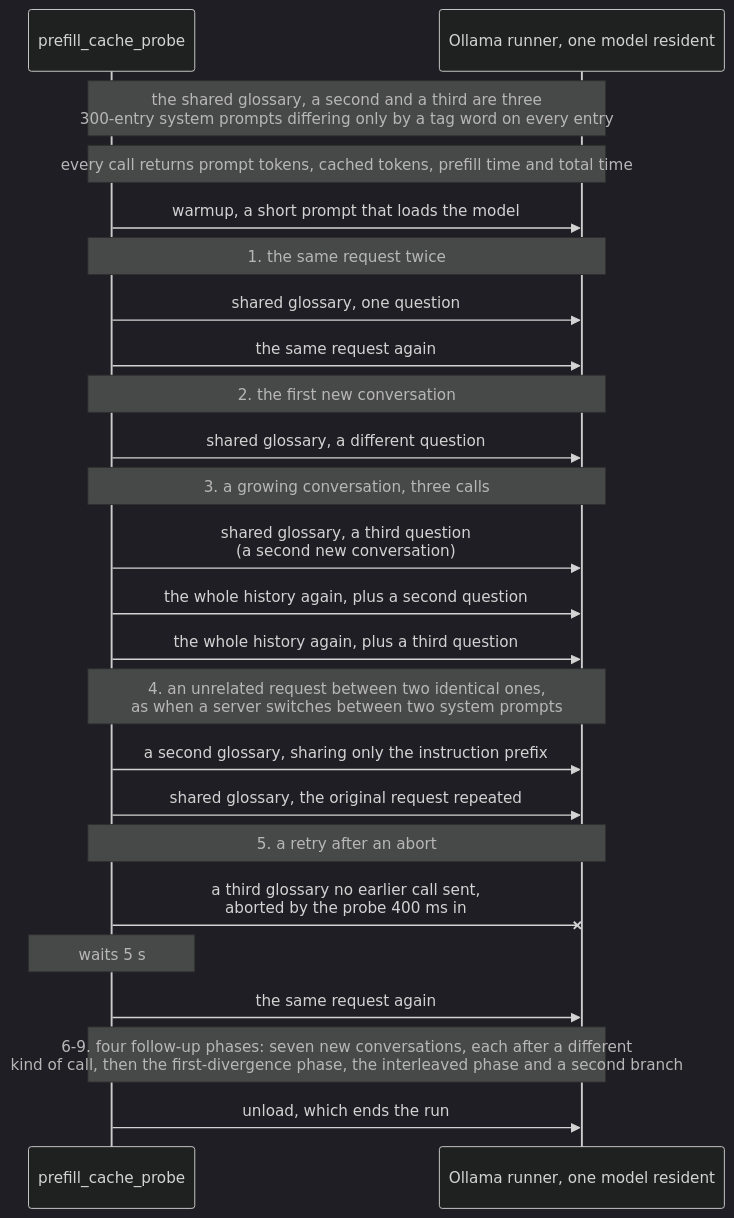
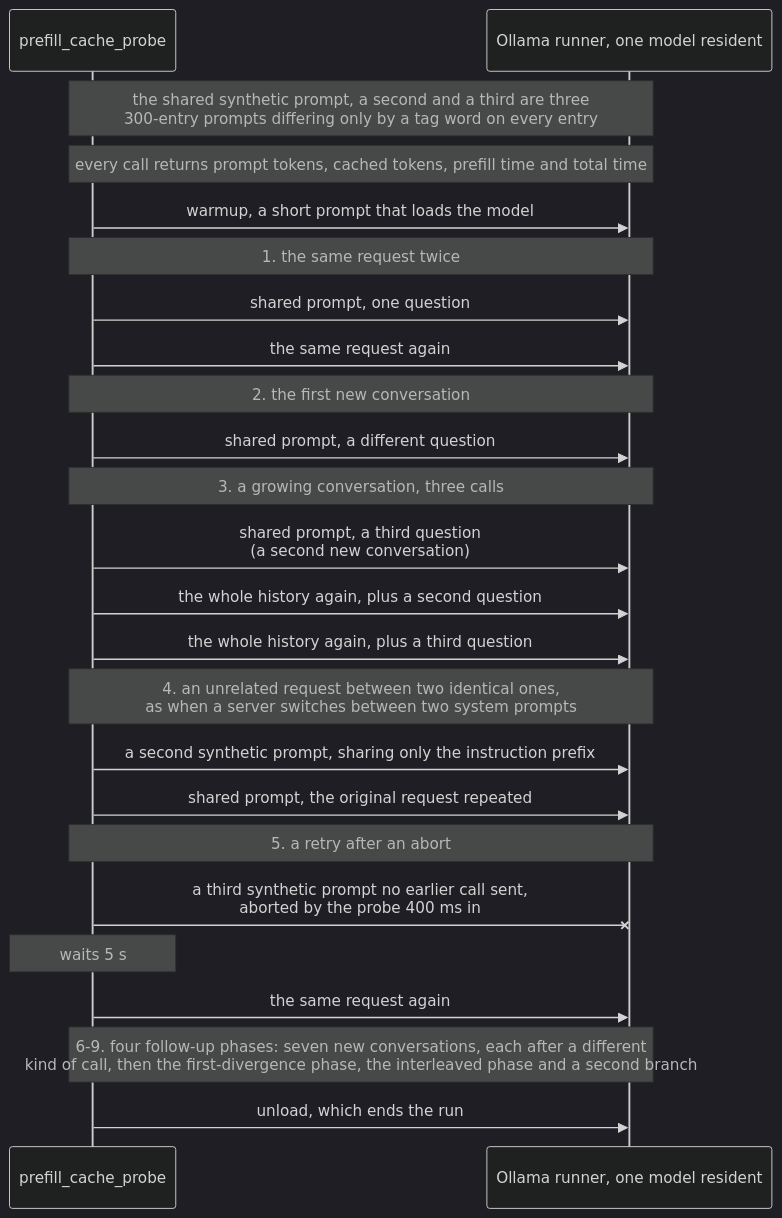
The second of 3 diagrams in adaptive_chat_server_dart/blog/article-8-prompt-cache-draft.md (freemansoft/Flutter-AdaptiveCards), drawn with Mermaid (dark theme) before and after one commit. The commit also changed other lines of this file and 2 other files, not shown here.

Commit message:
docs(chat-server): read the MLX runner's checkpoint policy from source, and clarify article 8's intro and probe setup

````diff
--- a/adaptive_chat_server_dart/blog/article-8-prompt-cache-draft.md
+++ b/adaptive_chat_server_dart/blog/article-8-prompt-cache-draft.md
@@ -85,34 +90,34 @@
 ```mermaid
 sequenceDiagram
   participant P as prefill_cache_probe
   participant O as Ollama runner, one model resident
 
-  Note over P,O: the shared glossary, a second and a third are three<br/>300-entry system prompts differing only by a tag word on every entry
+  Note over P,O: the shared synthetic prompt, a second and a third are three<br/>300-entry prompts differing only by a tag word on every entry
   Note over P,O: every call returns prompt tokens, cached tokens, prefill time and total time
 
   P->>O: warmup, a short prompt that loads the model
 
   Note over P,O: 1. the same request twice
-  P->>O: shared glossary, one question
+  P->>O: shared prompt, one question
   P->>O: the same request again
 
   Note over P,O: 2. the first new conversation
-  P->>O: shared glossary, a different question
+  P->>O: shared prompt, a different question
 
   Note over P,O: 3. a growing conversation, three calls
-  P->>O: shared glossary, a third question<br/>(a second new conversation)
+  P->>O: shared prompt, a third question<br/>(a second new conversation)
   P->>O: the whole history again, plus a second question
   P->>O: the whole history again, plus a third question
 
   Note over P,O: 4. an unrelated request between two identical ones,<br/>as when a server switches between two system prompts
-  P->>O: a second glossary, sharing only the instruction prefix
-  P->>O: shared glossary, the original request repeated
+  P->>O: a second synthetic prompt, sharing only the instruction prefix
+  P->>O: shared prompt, the original request repeated
 
   Note over P,O: 5. a retry after an abort
-  P-xO: a third glossary no earlier call sent,<br/>aborted by the probe 400 ms in
+  P-xO: a third synthetic prompt no earlier call sent,<br/>aborted by the probe 400 ms in
   Note over P: waits 5 s
   P->>O: the same request again
 
   Note over P,O: 6-9. four follow-up phases: seven new conversations, each after a different<br/>kind of call, then the first-divergence phase, the interleaved phase and a second branch
   P->>O: unload, which ends the run
 ```
````
